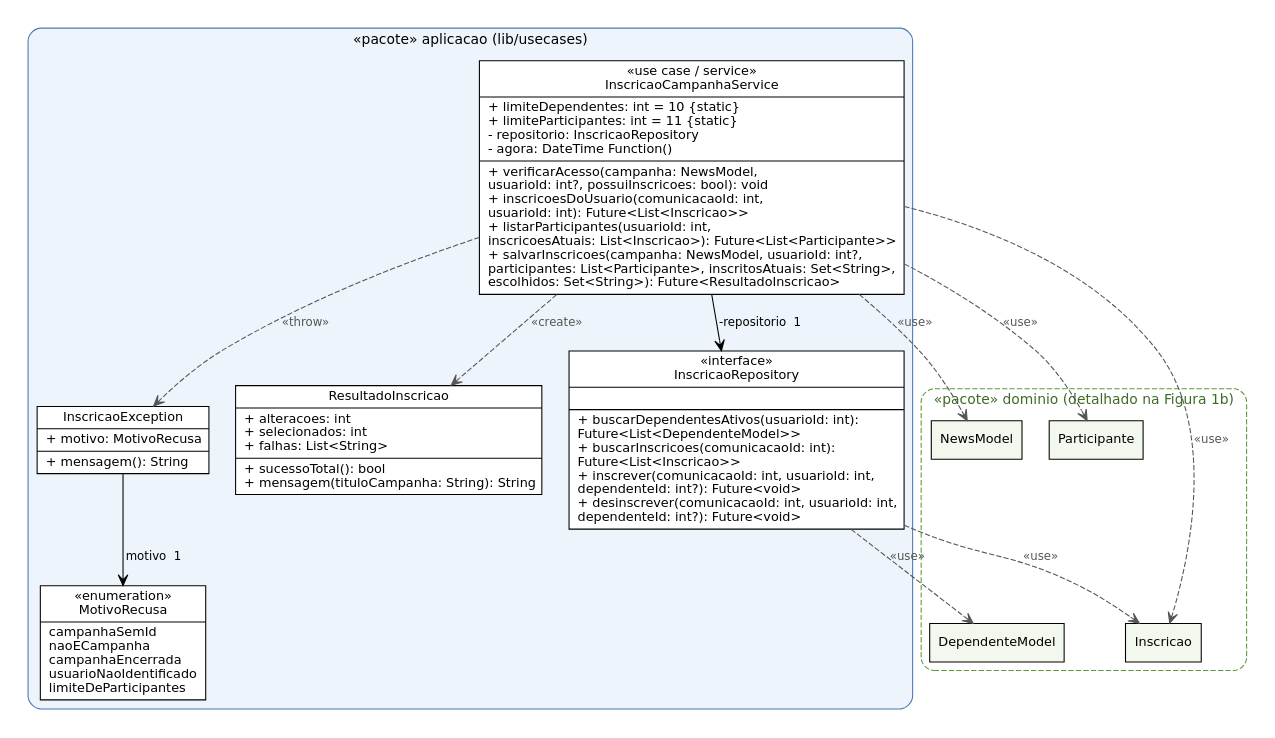
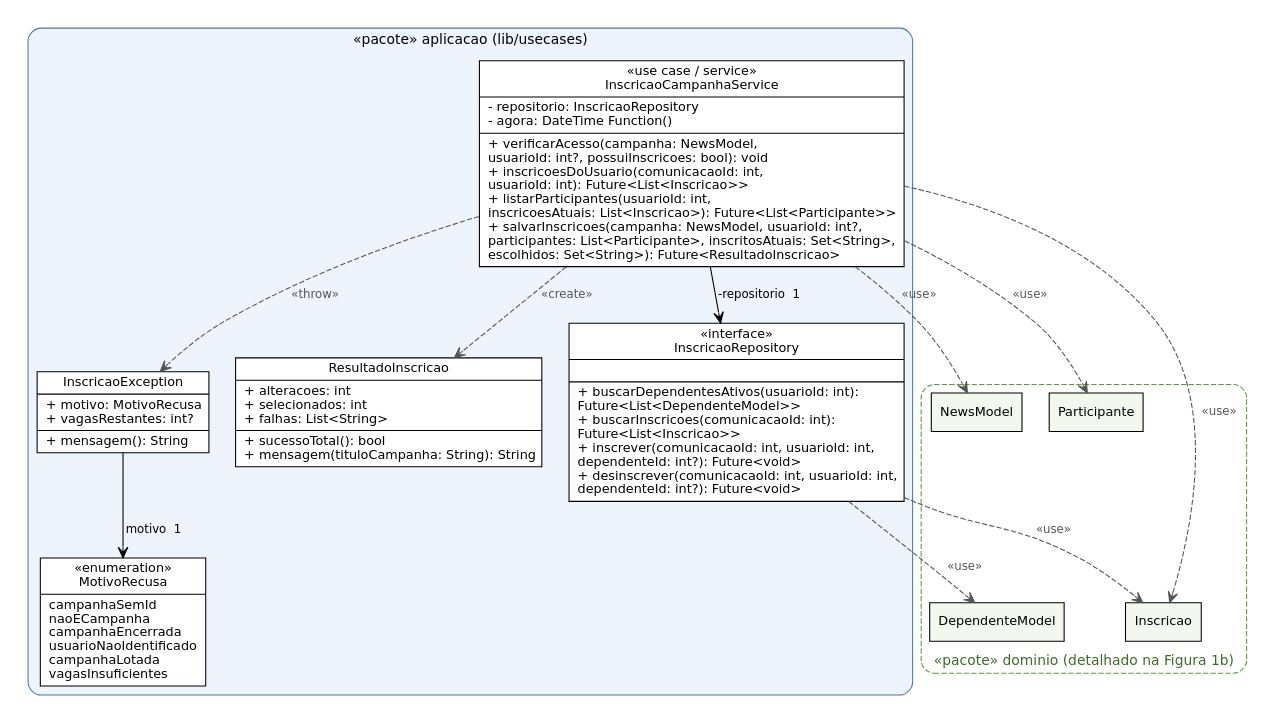
Before and after one commit to Conecta-Vida/Conecta-Vida-Mobile: the diagram in qualidade/diagramas/ex02_classes_aplicacao.dot, drawn with Graphviz. The commit also changed 13 other files, not shown here.

```diff
--- a/qualidade/diagramas/ex02_classes_aplicacao.dot
+++ b/qualidade/diagramas/ex02_classes_aplicacao.dot
@@ -1,28 +1,28 @@
 // Exercício 2 (parte a) - pacote aplicacao (use case/service) do caso de uso "Inscrever-se em campanha"
 digraph aplicacao {
   graph [rankdir=TB, fontname="DejaVu Sans", fontsize=13, nodesep=0.35, ranksep=0.55, pad=0.15, newrank=true];
   node  [shape=record, fontname="DejaVu Sans", fontsize=12, style=filled, fillcolor="#ffffff"];
   edge  [fontname="DejaVu Sans", fontsize=11];
   subgraph cluster_app { label="«pacote» aplicacao (lib/usecases)"; style="rounded,filled"; fillcolor="#eef4fb"; color="#4a78b5";
-    Service [label="{«use case / service»\nInscricaoCampanhaService|+ limiteDependentes: int = 10 \{static\}\l+ limiteParticipantes: int = 11 \{static\}\l- repositorio: InscricaoRepository\l- agora: DateTime Function()\l|+ verificarAcesso(campanha: NewsModel,\l      usuarioId: int?, possuiInscricoes: bool): void\l+ inscricoesDoUsuario(comunicacaoId: int,\l      usuarioId: int): Future\<List\<Inscricao\>\>\l+ listarParticipantes(usuarioId: int,\l      inscricoesAtuais: List\<Inscricao\>): Future\<List\<Participante\>\>\l+ salvarInscricoes(campanha: NewsModel, usuarioId: int?,\l      participantes: List\<Participante\>, inscritosAtuais: Set\<String\>,\l      escolhidos: Set\<String\>): Future\<ResultadoInscricao\>\l}"];
+    Service [label="{«use case / service»\nInscricaoCampanhaService|- repositorio: InscricaoRepository\l- agora: DateTime Function()\l|+ verificarAcesso(campanha: NewsModel,\l      usuarioId: int?, possuiInscricoes: bool): void\l+ inscricoesDoUsuario(comunicacaoId: int,\l      usuarioId: int): Future\<List\<Inscricao\>\>\l+ listarParticipantes(usuarioId: int,\l      inscricoesAtuais: List\<Inscricao\>): Future\<List\<Participante\>\>\l+ salvarInscricoes(campanha: NewsModel, usuarioId: int?,\l      participantes: List\<Participante\>, inscritosAtuais: Set\<String\>,\l      escolhidos: Set\<String\>): Future\<ResultadoInscricao\>\l}"];
     Repo [label="{«interface»\nInscricaoRepository||+ buscarDependentesAtivos(usuarioId: int):\l      Future\<List\<DependenteModel\>\>\l+ buscarInscricoes(comunicacaoId: int):\l      Future\<List\<Inscricao\>\>\l+ inscrever(comunicacaoId: int, usuarioId: int,\l      dependenteId: int?): Future\<void\>\l+ desinscrever(comunicacaoId: int, usuarioId: int,\l      dependenteId: int?): Future\<void\>\l}"];
     Resultado [label="{ResultadoInscricao|+ alteracoes: int\l+ selecionados: int\l+ falhas: List\<String\>\l|+ sucessoTotal(): bool\l+ mensagem(tituloCampanha: String): String\l}"];
-    Excecao [label="{InscricaoException|+ motivo: MotivoRecusa\l|+ mensagem(): String\l}"];
-    Motivo [label="{«enumeration»\nMotivoRecusa|campanhaSemId\lnaoECampanha\lcampanhaEncerrada\lusuarioNaoIdentificado\llimiteDeParticipantes\l}"];
+    Excecao [label="{InscricaoException|+ motivo: MotivoRecusa\l+ vagasRestantes: int?\l|+ mensagem(): String\l}"];
+    Motivo [label="{«enumeration»\nMotivoRecusa|campanhaSemId\lnaoECampanha\lcampanhaEncerrada\lusuarioNaoIdentificado\lcampanhaLotada\lvagasInsuficientes\l}"];
   }
-  subgraph cluster_dom { label="«pacote» dominio (detalhado na Figura 1b)"; style="rounded,dashed"; color="#5b9a3c"; fontcolor="#3d6b27";
+  subgraph cluster_dom { label="«pacote» dominio (detalhado na Figura 1b)"; labelloc=b; style="rounded,dashed"; color="#5b9a3c"; fontcolor="#3d6b27";
     node [shape=box, style="filled", fillcolor="#f2f8ee", fontsize=12];
     NewsModel; Inscricao; Participante; DependenteModel;
   }
   Service -> Repo [arrowhead=vee, label=" -repositorio  1"];
   Excecao -> Motivo [arrowhead=vee, label=" motivo  1"];
   edge [style=dashed, arrowhead=vee, color="#555555", fontcolor="#555555"];
-  Service -> Resultado [label="«create»"];
-  Service -> Excecao [label="«throw»"];
-  Service -> NewsModel [label="«use»"];
-  Service -> Participante [label="«use»"];
-  Service -> Inscricao [label="«use»"];
-  Repo -> Inscricao [label="«use»"];
-  Repo -> DependenteModel [label="«use»"];
+  Service -> Resultado [label="   «create»"];
+  Service -> Excecao [label="   «throw»"];
+  Service -> NewsModel [label="   «use»"];
+  Service -> Participante [label="   «use»"];
+  Service -> Inscricao [label="  «use»"];
+  Repo -> Inscricao [label="   «use»"];
+  Repo -> DependenteModel [headlabel="«use»", labelangle=-35, labeldistance=3.5, labelfontcolor="#555555"];
   { rank=same; Resultado; Excecao; Repo; }
 }
```
